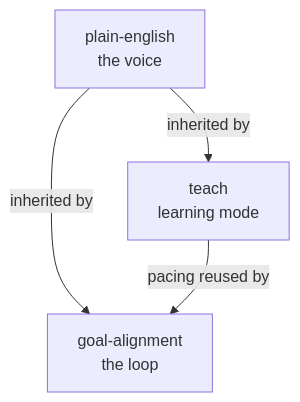
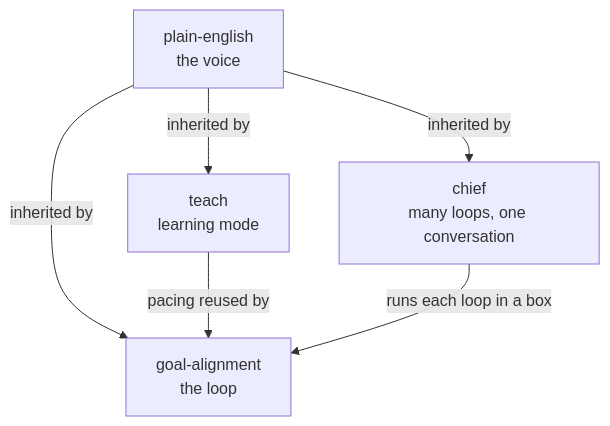
Before and after one commit to raviautar/architect-in-the-loop: the diagram in README.md, drawn with Mermaid. The commit also changed other lines of this file and 6 other files, not shown here.

First line of the commit message:
chief joins: one conversation that runs many sessions; registry template added

````diff
--- a/README.md
+++ b/README.md
@@ -19,9 +21,12 @@
 ```mermaid
 flowchart TD
     plain["plain-english<br/>the voice"]
     teach["teach<br/>learning mode"]
     goal["goal-alignment<br/>the loop"]
+    chief["chief<br/>many loops, one conversation"]
     plain -->|inherited by| teach
     plain -->|inherited by| goal
+    plain -->|inherited by| chief
     teach -->|pacing reused by| goal
+    chief -->|runs each loop in a box| goal
 ```
````
